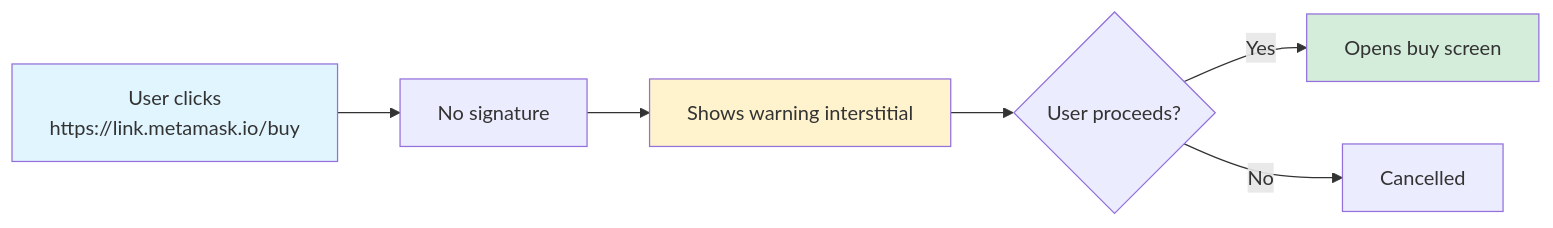
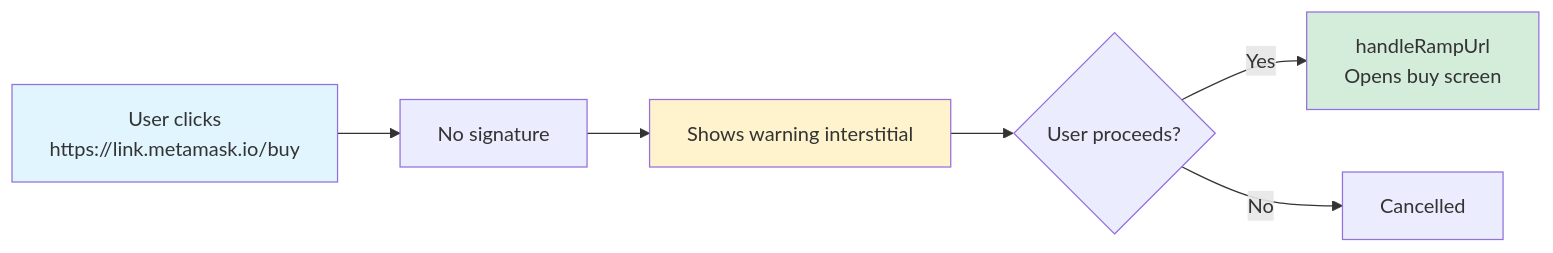
Before and after one commit to MetaMask/metamask-mobile: the fifth of 13 diagrams in docs/readme/deeplinking-graphs.md, drawn with Mermaid. The commit also changed other lines of this file and 3 other files, not shown here.

````diff
--- a/docs/readme/deeplinking-graphs.md
+++ b/docs/readme/deeplinking-graphs.md
@@ -159,12 +186,12 @@
 ```mermaid
 flowchart LR
     Click[User clicks<br/>https://link.metamask.io/buy] --> NoSig[No signature]
     NoSig --> Warning[Shows warning interstitial]
     Warning --> Proceed{User proceeds?}
-    Proceed -->|Yes| Buy[Opens buy screen]
+    Proceed -->|Yes| Buy[handleRampUrl<br/>Opens buy screen]
     Proceed -->|No| Cancel[Cancelled]
 
     style Click fill:#e1f5ff
     style Warning fill:#fff3cd
     style Buy fill:#d4edda
 ```
````
